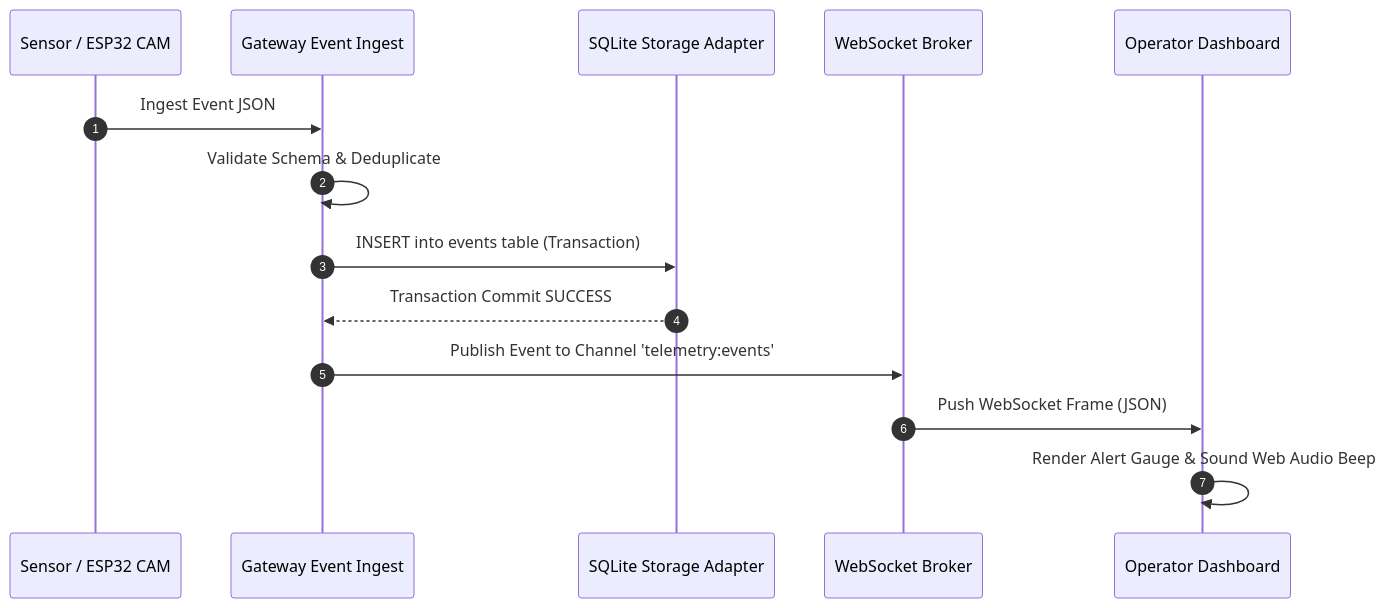
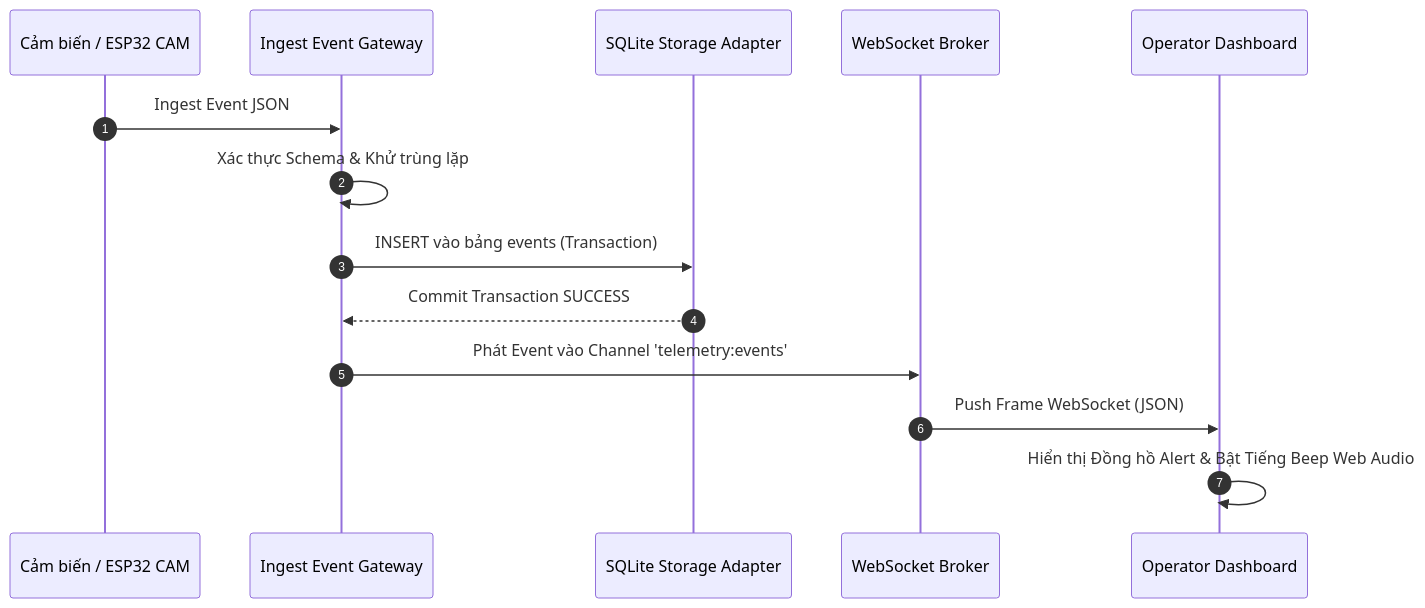
Before and after one commit to Eddy-hoang/SAM: the diagram in docs/15-realtime-communication.md, drawn with Mermaid. The commit also changed other lines of this file and 34 other files, not shown here.

````diff
--- a/docs/15-realtime-communication.md
+++ b/docs/15-realtime-communication.md
@@ -12,17 +12,17 @@
 ```mermaid
 sequenceDiagram
     autonumber
-    participant Device as Sensor / ESP32 CAM
-    participant Gateway as Gateway Event Ingest
+    participant Device as Cảm biến / ESP32 CAM
+    participant Gateway as Ingest Event Gateway
     participant DB as SQLite Storage Adapter
     participant WS as WebSocket Broker
     participant UI as Operator Dashboard
 
     Device->>Gateway: Ingest Event JSON
-    Gateway->>Gateway: Validate Schema & Deduplicate
-    Gateway->>DB: INSERT into events table (Transaction)
-    DB-->>Gateway: Transaction Commit SUCCESS
-    Gateway->>WS: Publish Event to Channel 'telemetry:events'
-    WS->>UI: Push WebSocket Frame (JSON)
-    UI->>UI: Render Alert Gauge & Sound Web Audio Beep
+    Gateway->>Gateway: Xác thực Schema & Khử trùng lặp
+    Gateway->>DB: INSERT vào bảng events (Transaction)
+    DB-->>Gateway: Commit Transaction SUCCESS
+    Gateway->>WS: Phát Event vào Channel 'telemetry:events'
+    WS->>UI: Push Frame WebSocket (JSON)
+    UI->>UI: Hiển thị Đồng hồ Alert & Bật Tiếng Beep Web Audio
 ```
````
